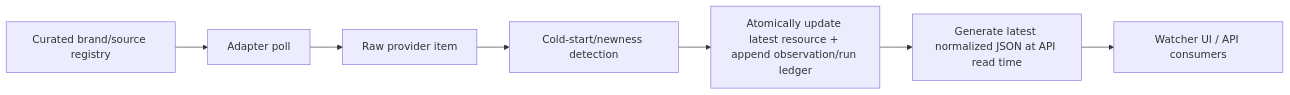
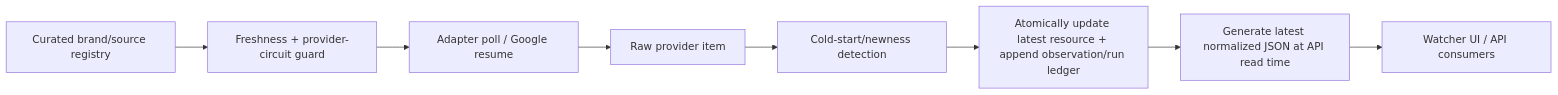
One commit to LordLoras/ARGUS_vlm changed the diagram in docs/intellegence_crawler_overview.md. Above: the diagram before and after it, drawn with Mermaid. The commit also changed other lines of this file and 32 other files, not shown here.

````diff
--- a/docs/intellegence_crawler_overview.md
+++ b/docs/intellegence_crawler_overview.md
@@ -44,9 +44,10 @@
 ```mermaid
 flowchart LR
-    A["Curated brand/source registry"] --> B["Adapter poll"]
+    A["Curated brand/source registry"] --> H["Freshness + provider-circuit guard"]
+    H --> B["Adapter poll / Google resume"]
     B --> C["Raw provider item"]
     C --> D["Cold-start/newness detection"]
     D --> E["Atomically update latest resource + append observation/run ledger"]
     E --> F["Generate latest normalized JSON at API read time"]
     F --> G["Watcher UI / API consumers"]
 ```
````
